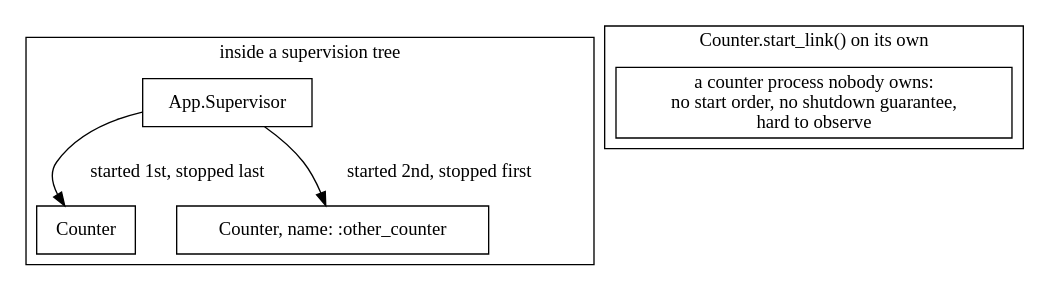
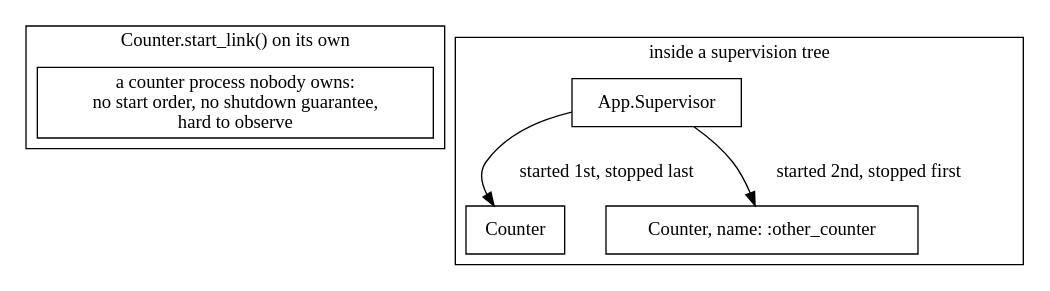
One commit to danceinthefake/visualixir changed the diagram in docs/diagrams/process-anti-patterns/unsupervised.dot. Above: the diagram before and after it, drawn with Graphviz. The commit also changed other lines of this file and 13 other files, not shown here.

First line of the commit message:
Put diagram clusters in reading order

```diff
--- a/docs/diagrams/process-anti-patterns/unsupervised.dot
+++ b/docs/diagrams/process-anti-patterns/unsupervised.dot
@@ -1,15 +1,15 @@
 digraph unsupervised {
   node [shape=box]
+  subgraph cluster_bad {
+    label="Counter.start_link() on its own"
+    loose [label="a counter process nobody owns:\nno start order, no shutdown guarantee,\nhard to observe"]
+  }
   subgraph cluster_good {
     label="inside a supervision tree"
     sup [label="App.Supervisor" class=hl]
     c1 [label="Counter"]
     c2 [label="Counter, name: :other_counter"]
     sup -> c1 [label=" started 1st, stopped last"]
     sup -> c2 [label=" started 2nd, stopped first"]
   }
-  subgraph cluster_bad {
-    label="Counter.start_link() on its own"
-    loose [label="a counter process nobody owns:\nno start order, no shutdown guarantee,\nhard to observe"]
-  }
 }
```
